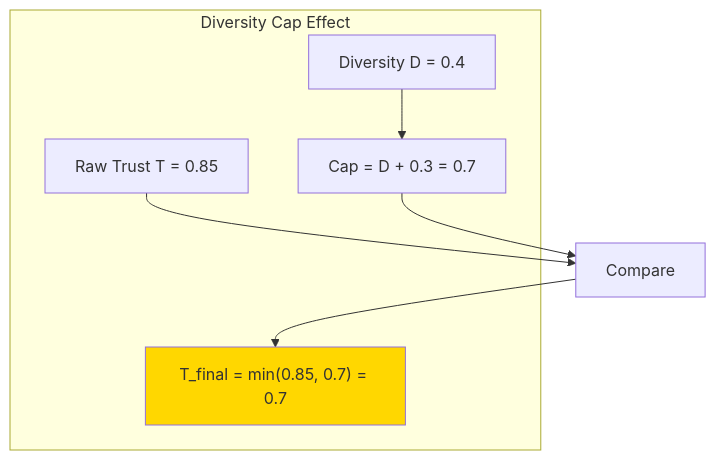
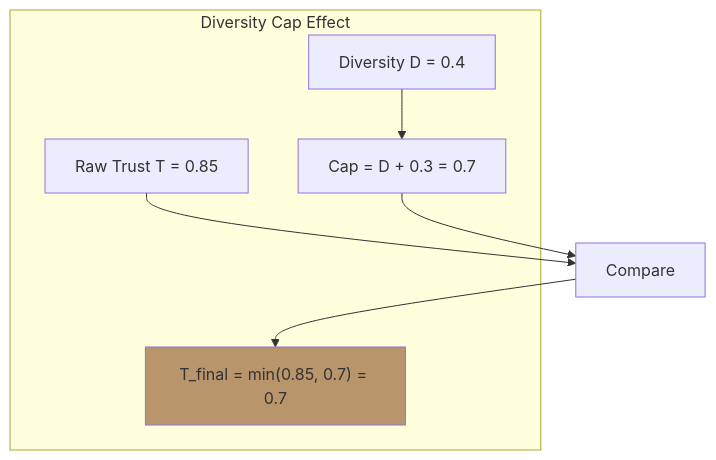
The fifth of 6 diagrams in docs/protocol/trust-computation.md (ScopeCreep-zip/Symbiont), drawn with Mermaid before and after one commit. The commit also changed other lines of this file and 17 other files, not shown here.

Commit message:
update to diagram colors

````diff
--- a/docs/protocol/trust-computation.md
+++ b/docs/protocol/trust-computation.md
@@ -294,16 +294,16 @@
 ```mermaid
 graph TB
     subgraph "Diversity Cap Effect"
         T_RAW["Raw Trust T = 0.85"]
         D["Diversity D = 0.4"]
         CAP["Cap = D + 0.3 = 0.7"]
         T_FINAL["T_final = min(0.85, 0.7) = 0.7"]
     end
 
     T_RAW --> COMP
     D --> CAP
     CAP --> COMP
     COMP[Compare] --> T_FINAL
 
-    style T_FINAL fill:#FFD700
+    style T_FINAL fill:#b8956b
 ```
````
